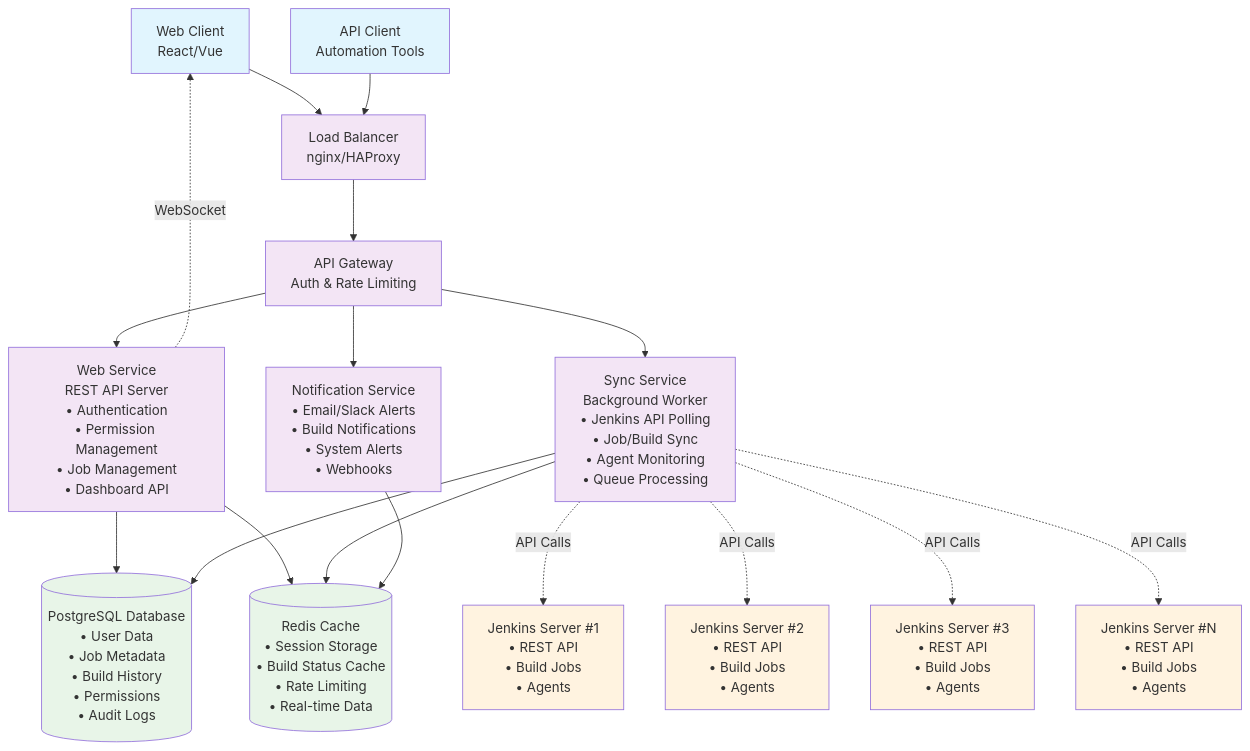
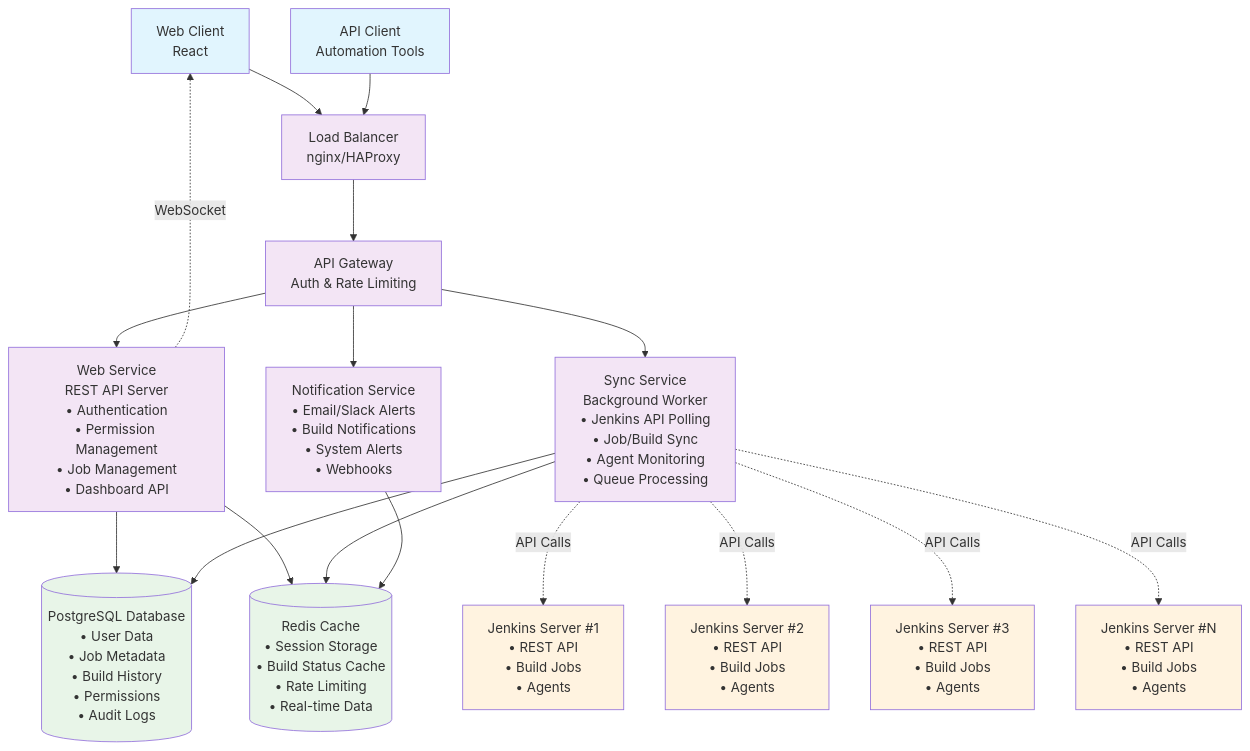
The first of 2 diagrams in simplikins-docs/docs/architecture/system-architecture.md (hellojennpark/Releasy), drawn with Mermaid before and after one commit. The commit also changed 6 other files, not shown here.

````diff
--- a/simplikins-docs/docs/architecture/system-architecture.md
+++ b/simplikins-docs/docs/architecture/system-architecture.md
@@ -5,63 +5,63 @@
 ```mermaid
 graph TB
     %% Client Layer
-    WebClient[Web Client<br/>React/Vue]
+    WebClient[Web Client<br/>React]
     APIClient[API Client<br/>Automation Tools]
 
     %% Load Balancer
     LB[Load Balancer<br/>nginx/HAProxy]
 
     %% API Gateway
     Gateway[API Gateway<br/>Auth & Rate Limiting]
 
     %% Application Services
     WebService[Web Service<br/>REST API Server<br/>• Authentication<br/>• Permission Management<br/>• Job Management<br/>• Dashboard API]
 
     SyncService[Sync Service<br/>Background Worker<br/>• Jenkins API Polling<br/>• Job/Build Sync<br/>• Agent Monitoring<br/>• Queue Processing]
 
     NotificationService[Notification Service<br/>• Email/Slack Alerts<br/>• Build Notifications<br/>• System Alerts<br/>• Webhooks]
 
     %% Data Layer
     Database[(PostgreSQL Database<br/>• User Data<br/>• Job Metadata<br/>• Build History<br/>• Permissions<br/>• Audit Logs)]
 
     Cache[(Redis Cache<br/>• Session Storage<br/>• Build Status Cache<br/>• Rate Limiting<br/>• Real-time Data)]
 
     %% External Jenkins Servers
     Jenkins1[Jenkins Server #1<br/>• REST API<br/>• Build Jobs<br/>• Agents]
     Jenkins2[Jenkins Server #2<br/>• REST API<br/>• Build Jobs<br/>• Agents]
     Jenkins3[Jenkins Server #3<br/>• REST API<br/>• Build Jobs<br/>• Agents]
     JenkinsN[Jenkins Server #N<br/>• REST API<br/>• Build Jobs<br/>• Agents]
 
     %% Connections
     WebClient --> LB
     APIClient --> LB
     LB --> Gateway
     Gateway --> WebService
     Gateway --> SyncService
     Gateway --> NotificationService
 
     WebService --> Database
     WebService --> Cache
     SyncService --> Database
     SyncService --> Cache
     NotificationService --> Cache
 
     SyncService -.->|API Calls| Jenkins1
     SyncService -.->|API Calls| Jenkins2
     SyncService -.->|API Calls| Jenkins3
     SyncService -.->|API Calls| JenkinsN
 
     %% WebSocket for real-time updates
     WebService -.->|WebSocket| WebClient
 
     %% Styling
     classDef clientLayer fill:#e1f5fe
     classDef serviceLayer fill:#f3e5f5
     classDef dataLayer fill:#e8f5e8
     classDef jenkinsLayer fill:#fff3e0
 
     class WebClient,APIClient clientLayer
     class WebService,SyncService,NotificationService,Gateway,LB serviceLayer
     class Database,Cache dataLayer
     class Jenkins1,Jenkins2,Jenkins3,JenkinsN jenkinsLayer
 ```
````
